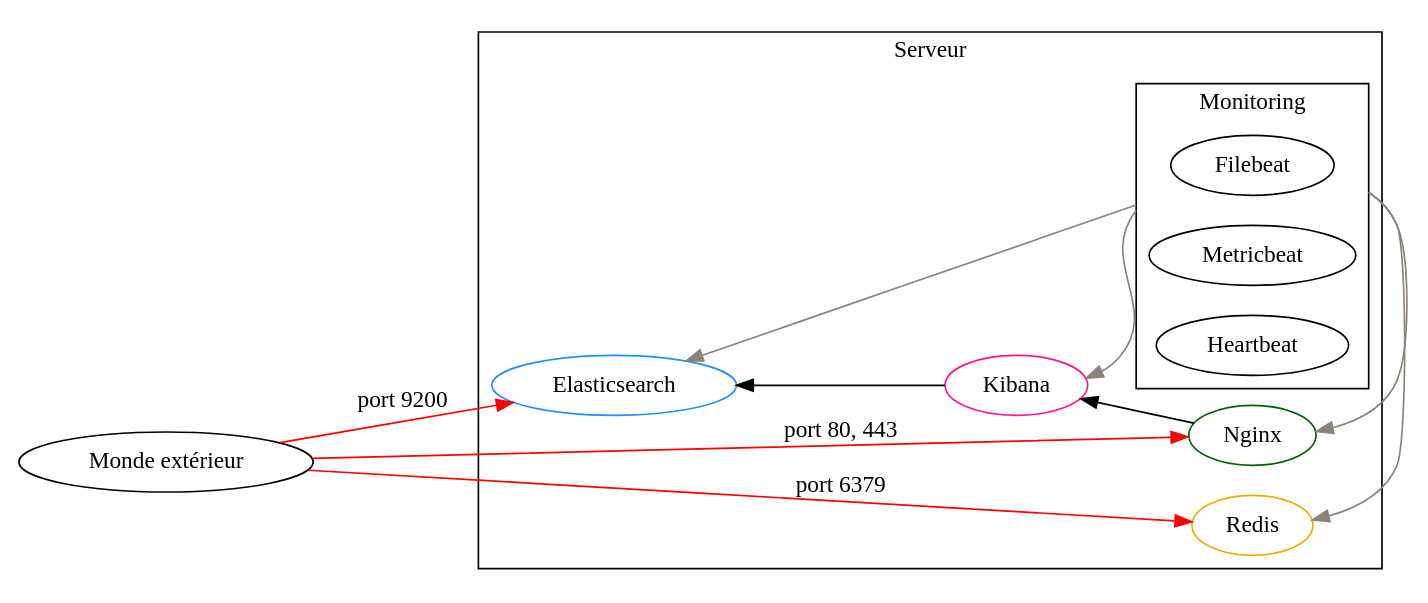
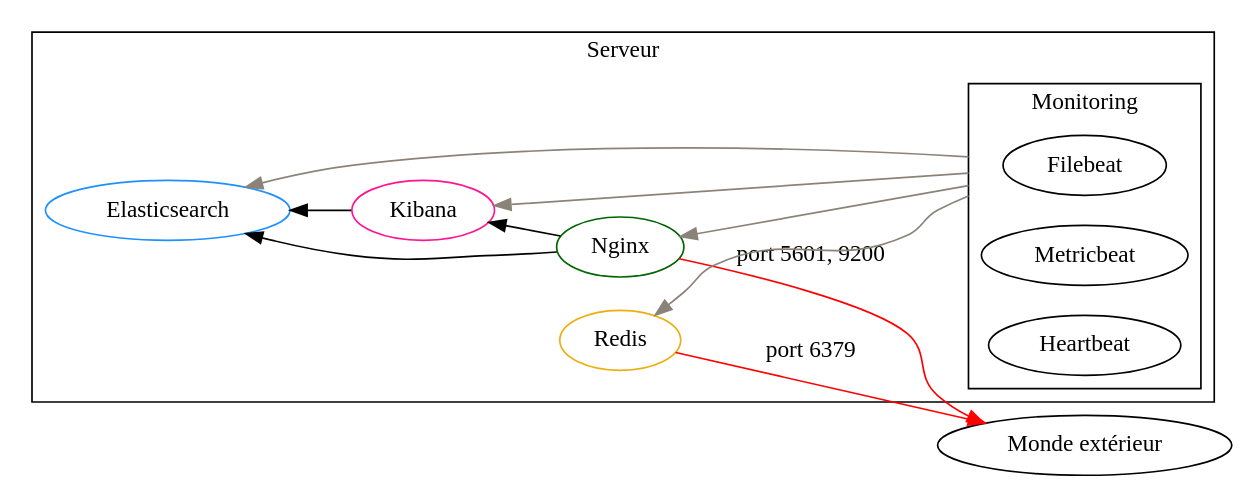
Before and after one commit to Transrian/bd71-courses: the first of 3 diagrams in schemas.md, drawn with Graphviz. The commit also changed other lines of this file, not shown here.

Commit message:
Updated schemas

````diff
--- a/schemas.md
+++ b/schemas.md
@@ -5,34 +5,34 @@
 ```dot {engine="dot"}
 digraph f {  
     rankdir=RL;
     compound=true;
 
     "Kibana" -> "Elasticsearch"
     "Nginx" -> "Kibana"
+    "Nginx" -> "Elasticsearch"
     "Monde extérieur"
-    "Nginx" -> "Monde extérieur" [label="port 80, 443", color=red, dir="back"]
-    "Elasticsearch" -> "Monde extérieur" [label="port 9200", color=red, dir="back"]
-    "Redis" -> "Monde extérieur" [label="port 6379", color=red, dir="back"]
-    "Filebeat" -> "Elasticsearch" [constraint=false, ltail=cluster_monitoring, color=antiquewhite4]
-    "Filebeat" -> "Kibana" [constraint=false, ltail=cluster_monitoring, color=antiquewhite4]
-    "Filebeat" -> "Nginx" [constraint=false, ltail=cluster_monitoring, color=antiquewhite4]
-    "Filebeat" -> "Redis" [constraint=false, ltail=cluster_monitoring, color=antiquewhite4]
+    "Monde extérieur" -> "Nginx" [label="port 5601, 9200", color=red, dir="back"]
+    "Monde extérieur" -> "Redis" [label="port 6379", color=red, dir="back"]
+    "Filebeat" -> "Elasticsearch" [constraint=true, ltail=cluster_monitoring, color=antiquewhite4]
+    "Filebeat" -> "Kibana" [constraint=true, ltail=cluster_monitoring, color=antiquewhite4]
+    "Filebeat" -> "Nginx" [constraint=true, ltail=cluster_monitoring, color=antiquewhite4]
+    "Filebeat" -> "Redis" [constraint=true, ltail=cluster_monitoring, color=antiquewhite4]
 
     subgraph cluster_server {
         label="Serveur"
         "Elasticsearch" [color=dodgerblue1]
         "Kibana" [color=deeppink]
         "Nginx" [color=darkgreen]
         "Redis" [color=darkgoldenrod2]
 
         subgraph cluster_monitoring {
             label="Monitoring"
             "Filebeat"
             "Metricbeat"
             "Heartbeat"
         }
         
     }
     
 }
 ```
````
